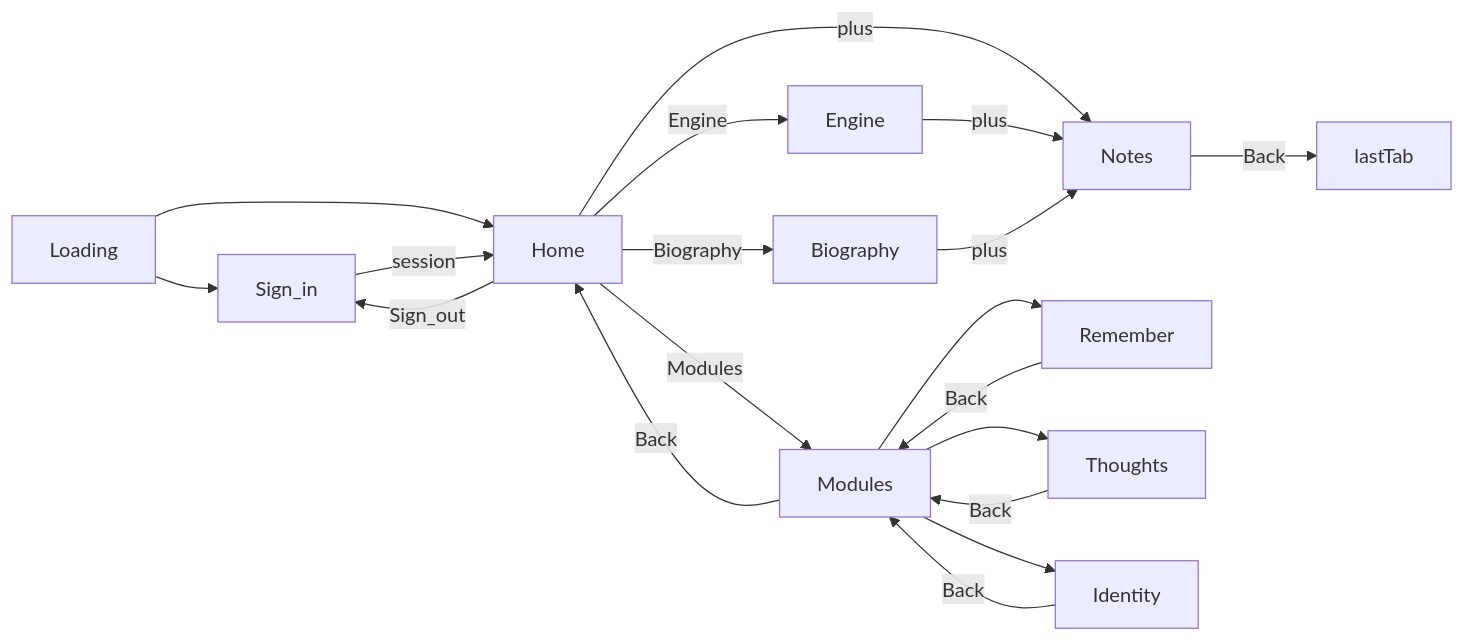
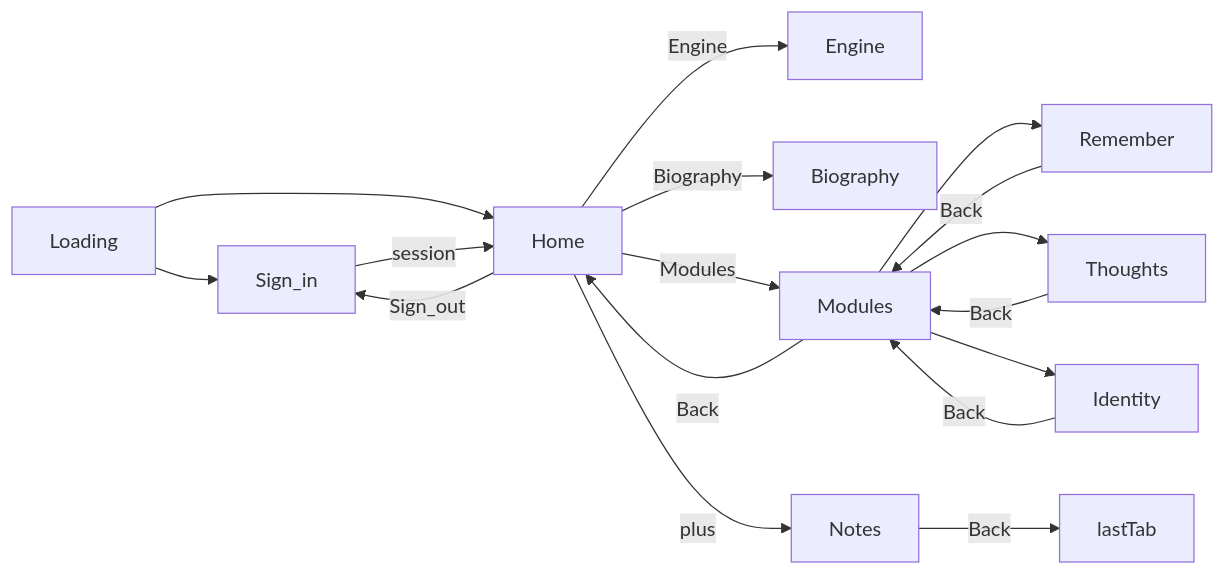
The third of 10 diagrams in docs/ARCHITECTURE.md (akgupta2002D/secondbrain2_0), drawn with Mermaid before and after one commit. The commit also changed 8 other files, not shown here.

````diff
--- a/docs/ARCHITECTURE.md
+++ b/docs/ARCHITECTURE.md
@@ -80,32 +80,30 @@
 ```mermaid
 flowchart LR
   boot[Loading]
   signin[Sign_in]
   home[Home]
   engine[Engine]
   biography[Biography]
   modules[Modules]
   notes[Notes]
   remember[Remember]
   thoughts[Thoughts]
   identity[Identity]
 
   boot --> signin
   boot --> home
   signin -->|session| home
   home -->|Sign_out| signin
   home -->|Engine| engine
   home -->|Biography| biography
   home -->|Modules| modules
   home -->|plus| notes
-  engine -->|plus| notes
-  biography -->|plus| notes
   notes -->|Back| lastTab
   modules -->|Back| home
   modules --> remember
   modules --> thoughts
   modules --> identity
   remember -->|Back| modules
   thoughts -->|Back| modules
   identity -->|Back| modules
 ```
````
